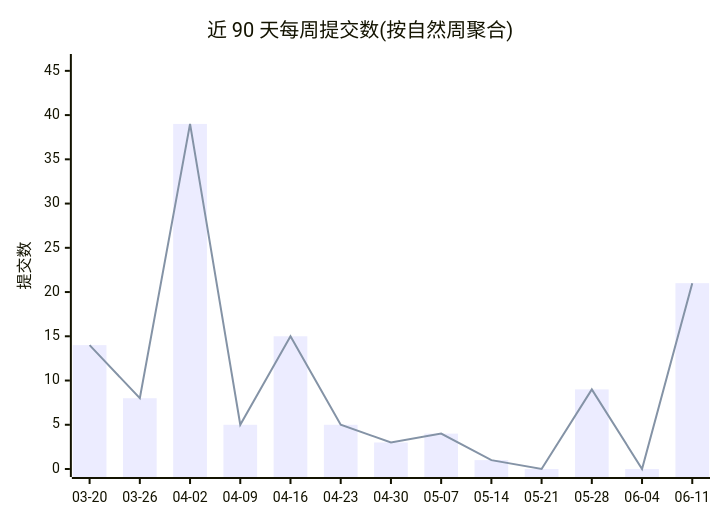
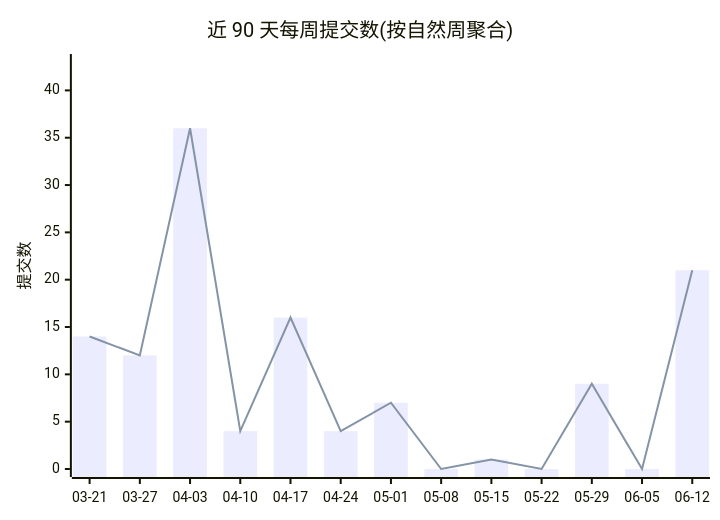
Before and after one commit to Conflux-Union/.github: the first of 2 diagrams in profile/README.md, drawn with Mermaid. The commit also changed other lines of this file and 1 other file, not shown here.

Commit message:
chore(stats): refresh org commit stats

````diff
--- a/profile/README.md
+++ b/profile/README.md
@@ -44,8 +44,8 @@
 ```mermaid
 xychart-beta
     title "近 90 天每周提交数(按自然周聚合)"
-    x-axis ["03-20", "03-26", "04-02", "04-09", "04-16", "04-23", "04-30", "05-07", "05-14", "05-21", "05-28", "06-04", "06-11"]
-    y-axis "提交数" 0 --> 46
-    bar [14, 8, 39, 5, 15, 5, 3, 4, 1, 0, 9, 0, 21]
-    line [14, 8, 39, 5, 15, 5, 3, 4, 1, 0, 9, 0, 21]
+    x-axis ["03-21", "03-27", "04-03", "04-10", "04-17", "04-24", "05-01", "05-08", "05-15", "05-22", "05-29", "06-05", "06-12"]
+    y-axis "提交数" 0 --> 43
+    bar [14, 12, 36, 4, 16, 4, 7, 0, 1, 0, 9, 0, 21]
+    line [14, 12, 36, 4, 16, 4, 7, 0, 1, 0, 9, 0, 21]
 ```
````
